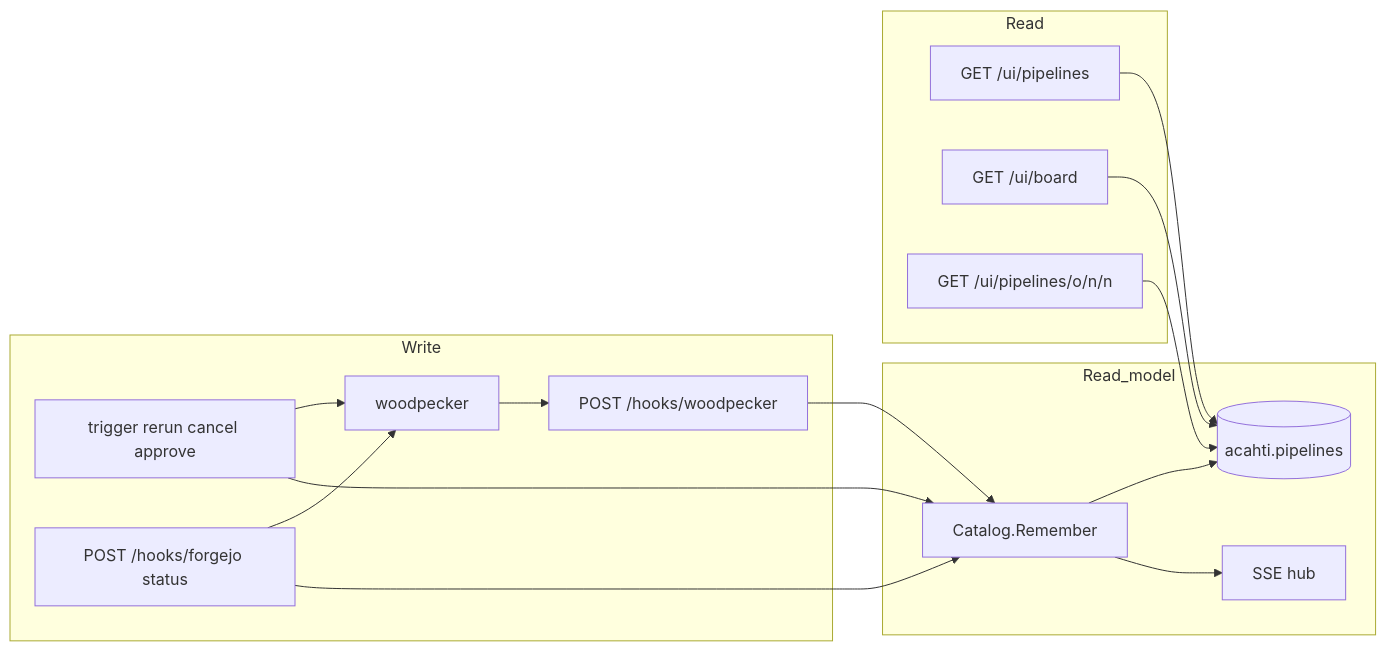
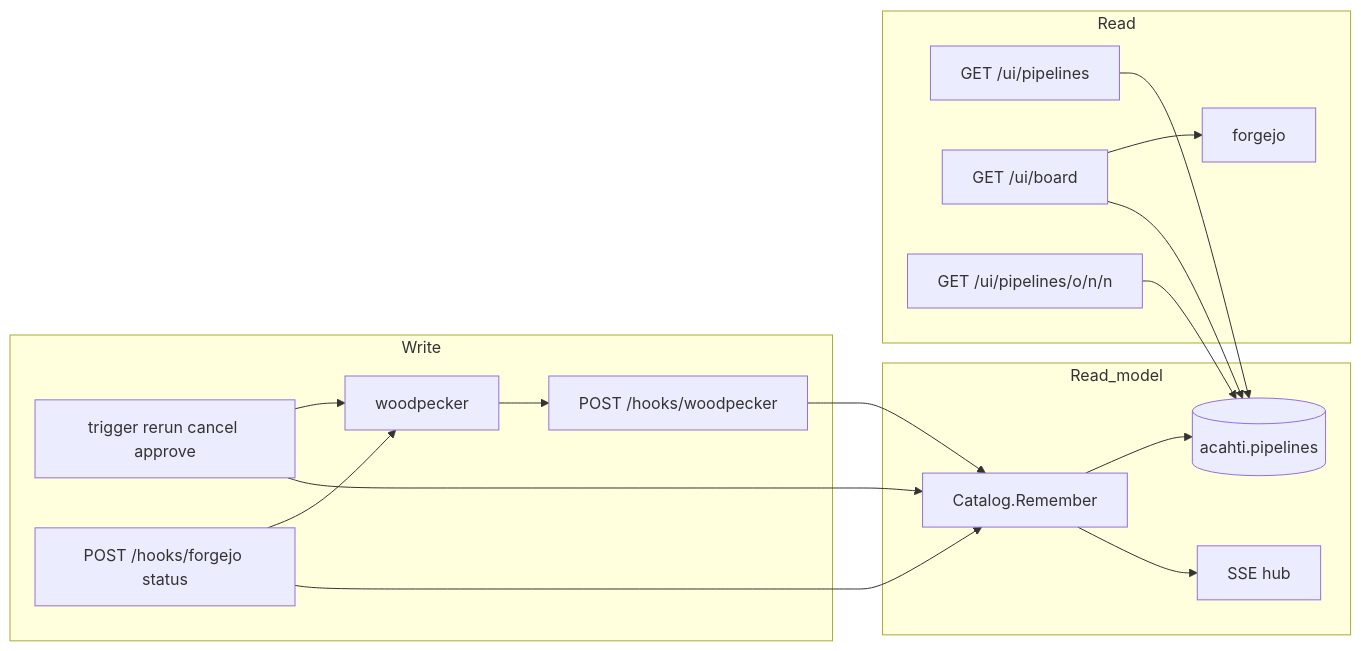
One commit to lpythu/acahti changed the seventh of 8 diagrams in architecture.md. Above: the diagram before and after it, drawn with Mermaid. The commit also changed other lines of this file and 16 other files, not shown here.

````diff
--- a/architecture.md
+++ b/architecture.md
@@ -247,33 +247,35 @@
 ```mermaid
 flowchart LR
   subgraph writePath [Write]
     mut[trigger rerun cancel approve]
     hookWP[POST /hooks/woodpecker]
     hookFJ[POST /hooks/forgejo status]
     wp[woodpecker]
     mut --> wp
     wp --> hookWP
     hookFJ --> wp
   end
 
   subgraph index [Read_model]
     remember[Catalog.Remember]
     db[(acahti.pipelines)]
     hub[SSE hub]
     remember --> db
     remember --> hub
   end
 
   subgraph readPath [Read]
     list[GET /ui/pipelines]
     board[GET /ui/board]
     detail[GET /ui/pipelines/o/n/n]
+    fj[forgejo]
     list --> db
+    board --> fj
     board --> db
     detail --> db
   end
 
   hookWP --> remember
   hookFJ --> remember
   mut --> remember
 ```
````
